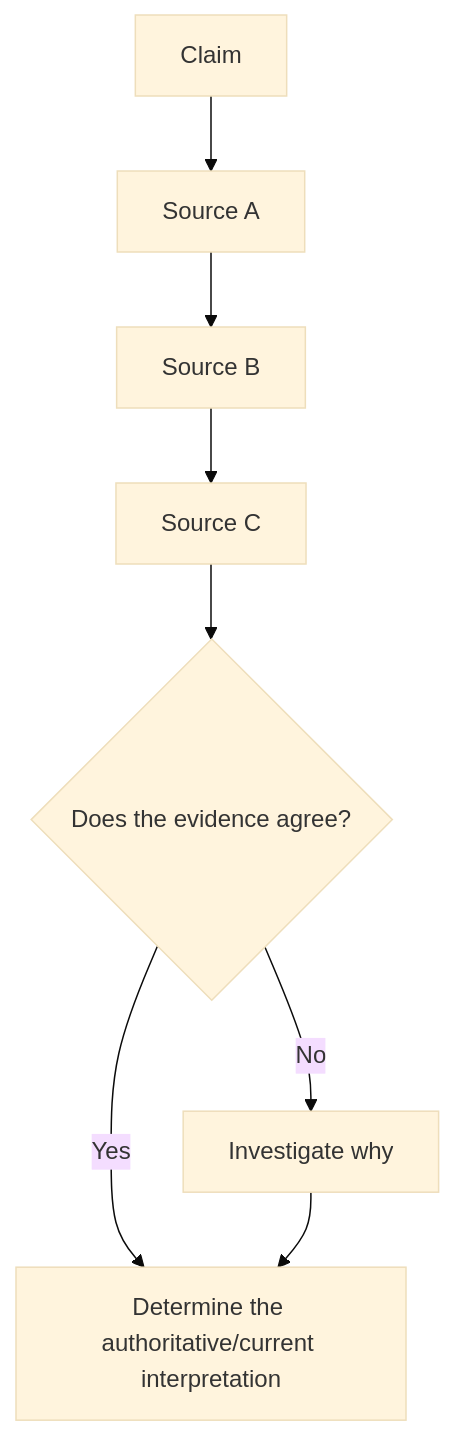
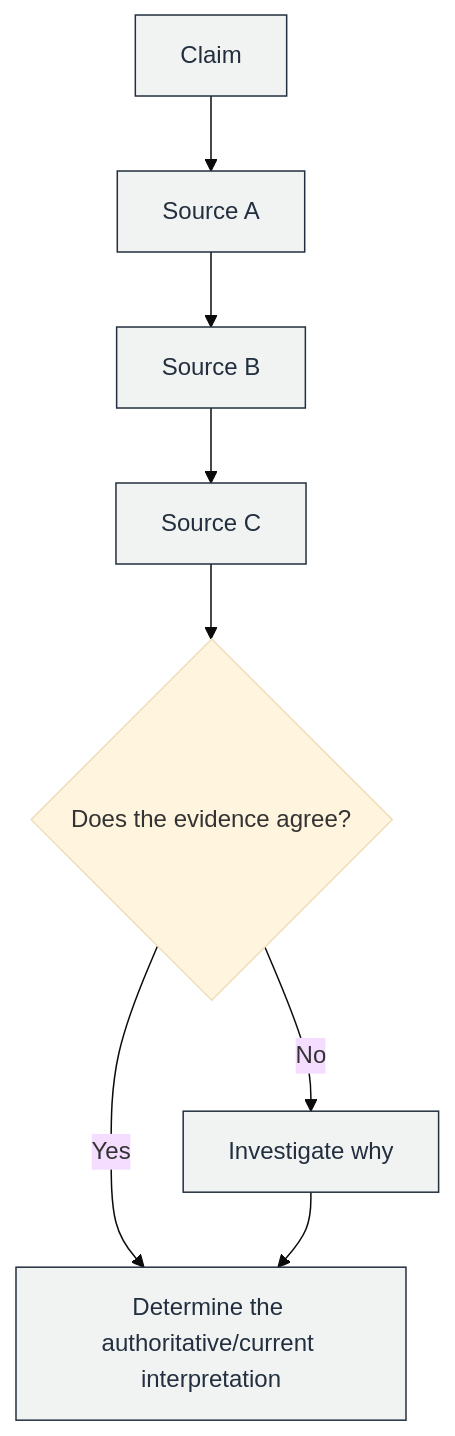
The third of 15 diagrams in AGENTS.md (GabrielAlmeidaFlores/AWS-CloudOps-Engineer-Associate-Doc), drawn with Mermaid (base theme) before and after one commit. The commit also changed other lines of this file and 22 other files, not shown here.

First line of the commit message:
docs: AWS-styled Mermaid, IAM/VPC console screenshots, and AGENTS.md rules

````diff
--- a/AGENTS.md
+++ b/AGENTS.md
@@ -345,10 +349,12 @@
 ```mermaid
 flowchart TD
-    A[Claim] --> B[Source A]
-    B --> C[Source B]
-    C --> D[Source C]
+    A["Claim"] --> B["Source A"]
+    B --> C["Source B"]
+    C --> D["Source C"]
     D --> E{"Does the evidence agree?"}
-    E -->|No| F[Investigate why]
+    E -->|No| F["Investigate why"]
     E -->|Yes| G["Determine the authoritative/current interpretation"]
     F --> G
+    classDef step fill:#F1F3F3,stroke:#232F3E,color:#232F3E
+    class A,B,C,D,F,G step
 ```
````
